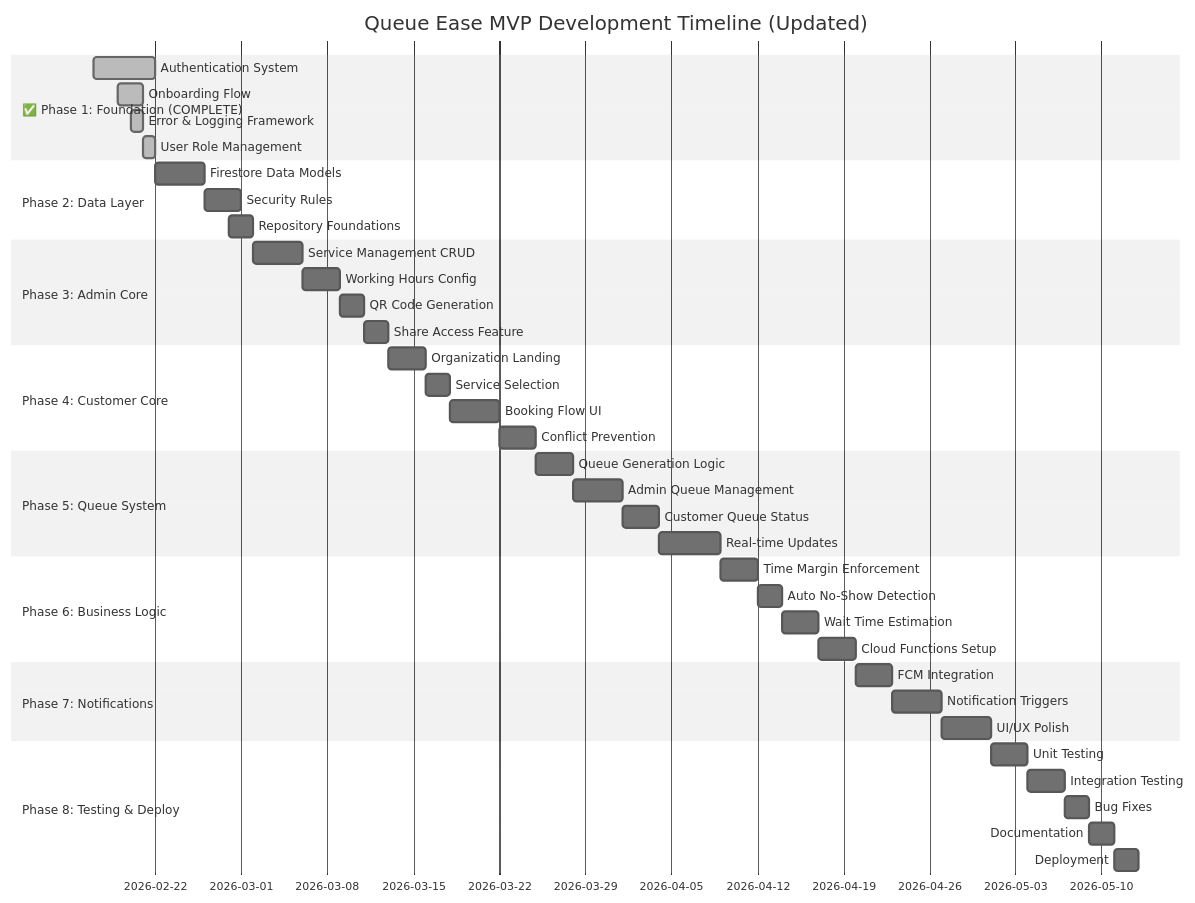
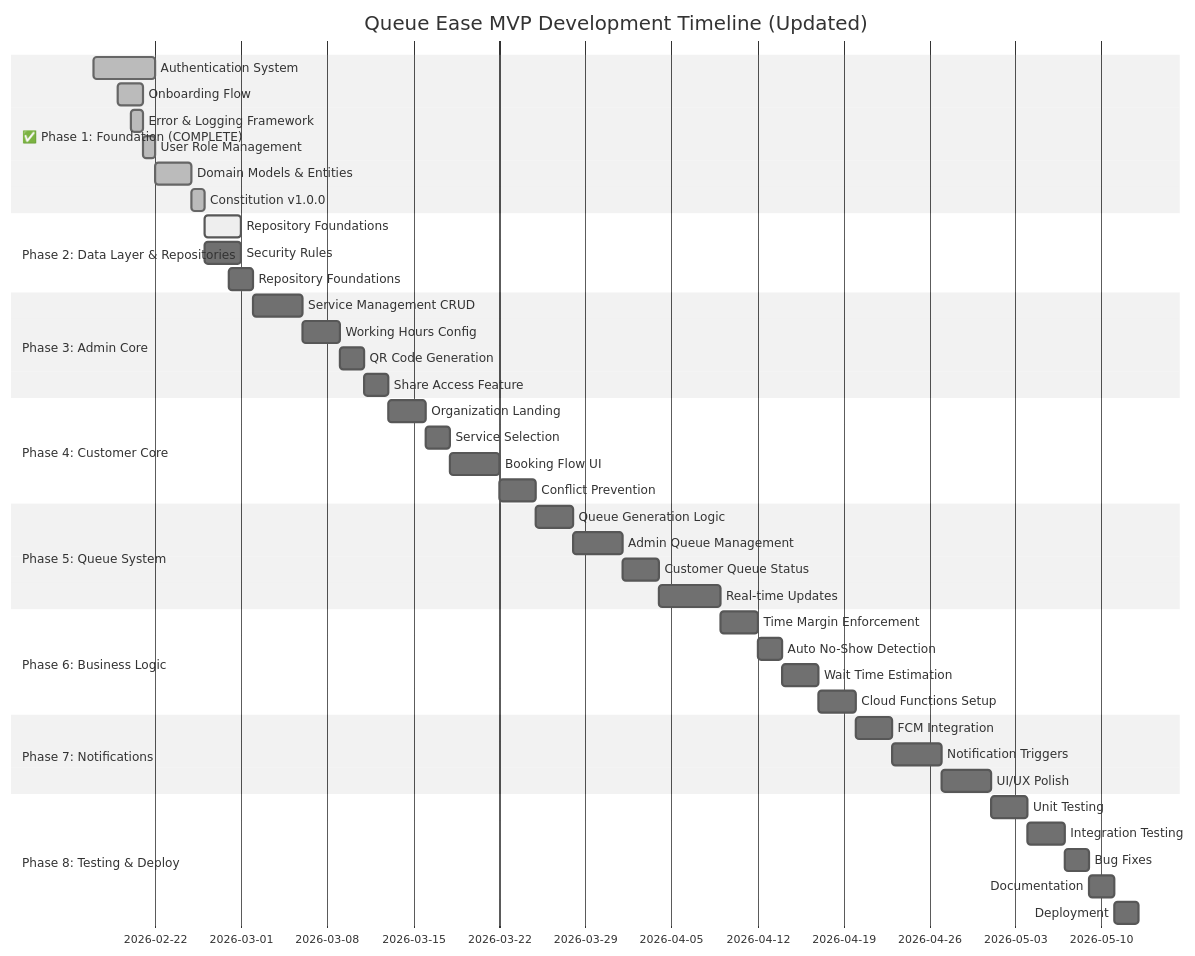
Before and after one commit to Clark605/queue_ease: the first of 6 diagrams in docs/PROJECT_TIMELINE.md, drawn with Mermaid (neutral theme). The commit also changed other lines of this file and 5 other files, not shown here.

````diff
--- a/docs/PROJECT_TIMELINE.md
+++ b/docs/PROJECT_TIMELINE.md
@@ -36,51 +43,53 @@
 ```mermaid
 gantt
     title Queue Ease MVP Development Timeline (Updated)
     dateFormat YYYY-MM-DD
     section ✅ Phase 1: Foundation (COMPLETE)
     Authentication System           :done, p1a, 2026-02-17, 5d
     Onboarding Flow                :done, p1a2, 2026-02-19, 2d
     Error & Logging Framework      :done, p1a3, 2026-02-20, 1d
     User Role Management           :done, p1d, 2026-02-21, 1d
+    Domain Models & Entities       :done, p1e, 2026-02-22, 3d
+    Constitution v1.0.0            :done, p1f, 2026-02-25, 1d
     
-    section Phase 2: Data Layer
-    Firestore Data Models          :p1b, 2026-02-22, 4d
+    section Phase 2: Data Layer & Repositories
+    Repository Foundations         :active, p2a, 2026-02-26, 3d
     Security Rules                 :p1c, 2026-02-26, 3d
     Repository Foundations         :p1c2, 2026-02-28, 2d
     
     section Phase 3: Admin Core
     Service Management CRUD        :p2a, 2026-03-02, 4d
     Working Hours Config           :p2b, 2026-03-06, 3d
     QR Code Generation             :p2c, 2026-03-09, 2d
     Share Access Feature           :p2d, 2026-03-11, 2d
     
     section Phase 4: Customer Core
     Organization Landing           :p3a, 2026-03-13, 3d
     Service Selection              :p3b, 2026-03-16, 2d
     Booking Flow UI                :p3c, 2026-03-18, 4d
     Conflict Prevention            :p3d, 2026-03-22, 3d
     
     section Phase 5: Queue System
     Queue Generation Logic         :p4a, 2026-03-25, 3d
     Admin Queue Management         :p4b, 2026-03-28, 4d
     Customer Queue Status          :p4c, 2026-04-01, 3d
     Real-time Updates              :p4d, 2026-04-04, 5d
     
     section Phase 6: Business Logic
     Time Margin Enforcement        :p5a, 2026-04-09, 3d
     Auto No-Show Detection         :p5b, 2026-04-12, 2d
     Wait Time Estimation           :p5c, 2026-04-14, 3d
     Cloud Functions Setup          :p5d, 2026-04-17, 3d
     
     section Phase 7: Notifications
     FCM Integration                :p6a, 2026-04-20, 3d
     Notification Triggers          :p6b, 2026-04-23, 4d
     UI/UX Polish                   :p6c, 2026-04-27, 4d
     
     section Phase 8: Testing & Deploy
     Unit Testing                   :p7a, 2026-05-01, 3d
     Integration Testing            :p7b, 2026-05-04, 3d
     Bug Fixes                      :p7c, 2026-05-07, 2d
     Documentation                  :p7d, 2026-05-09, 2d
     Deployment                     :p7e, 2026-05-11, 2d
 ```
````
